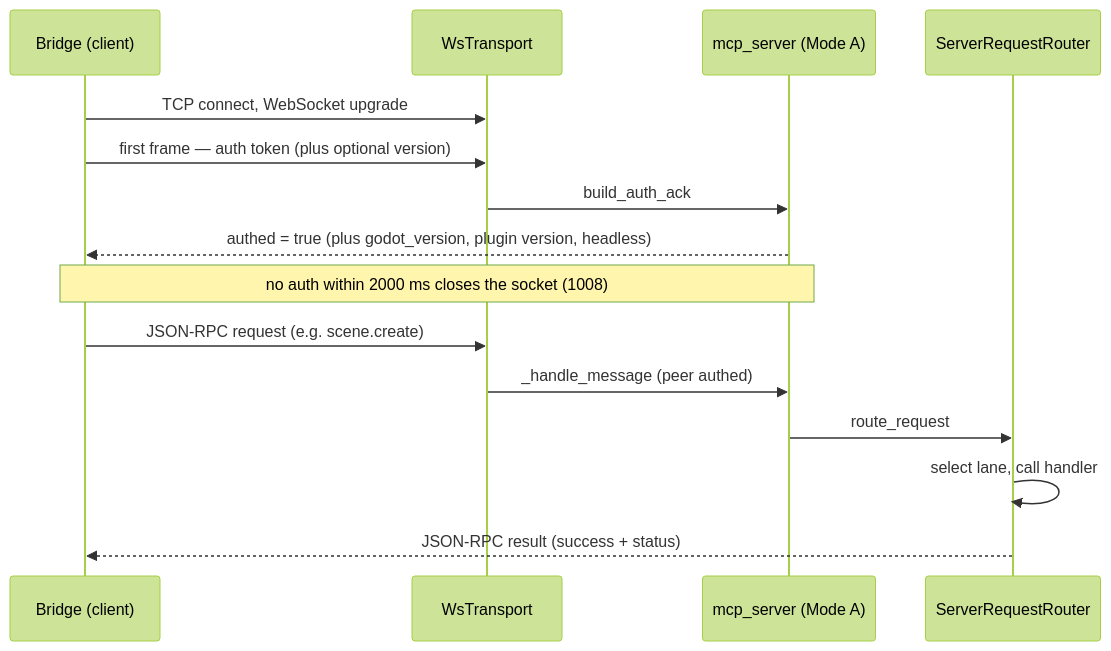
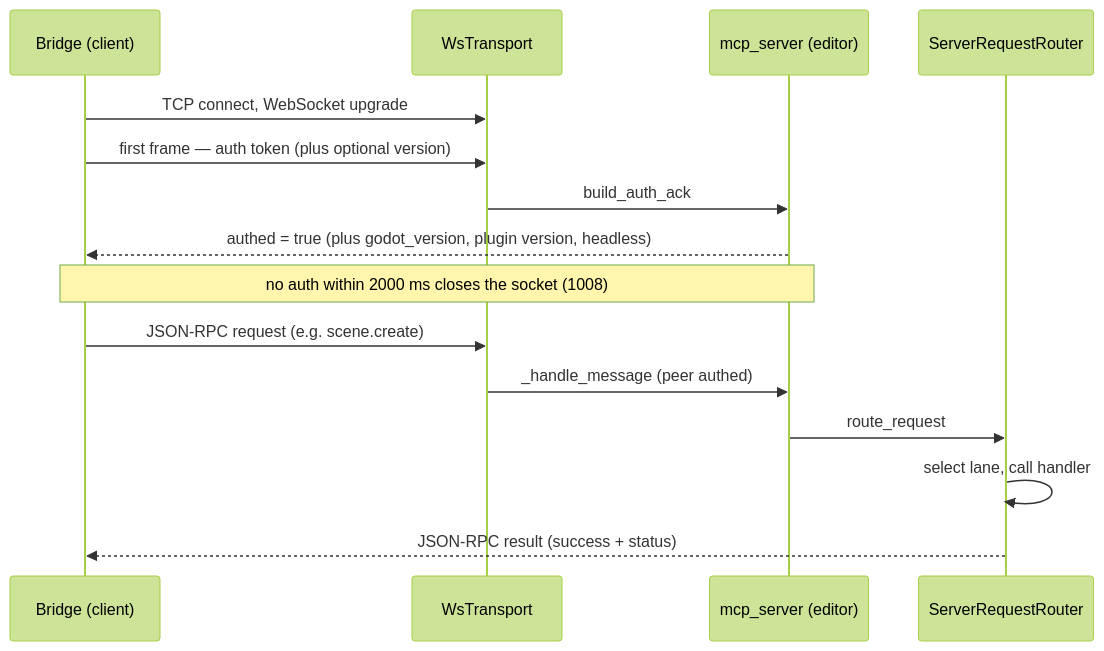
One commit to NPGameDev/godot-mcp-toolkit changed the third of 13 diagrams in docs/architecture/README.md. Above: the diagram before and after it, drawn with Mermaid (forest theme). The commit also changed other lines of this file and 8 other files, not shown here.

````diff
--- a/docs/architecture/README.md
+++ b/docs/architecture/README.md
@@ -207,17 +208,17 @@
 ```mermaid
 sequenceDiagram
     participant C as Bridge (client)
     participant T as WsTransport
-    participant S as mcp_server (Mode A)
+    participant S as mcp_server (editor)
     participant R as ServerRequestRouter
     C->>T: TCP connect, WebSocket upgrade
     C->>T: first frame — auth token (plus optional version)
     T->>S: build_auth_ack
     S-->>C: authed = true (plus godot_version, plugin version, headless)
     Note over C,S: no auth within 2000 ms closes the socket (1008)
     C->>T: JSON-RPC request (e.g. scene.create)
     T->>S: _handle_message (peer authed)
     S->>R: route_request
     R->>R: select lane, call handler
     R-->>C: JSON-RPC result (success + status)
 ```
````
